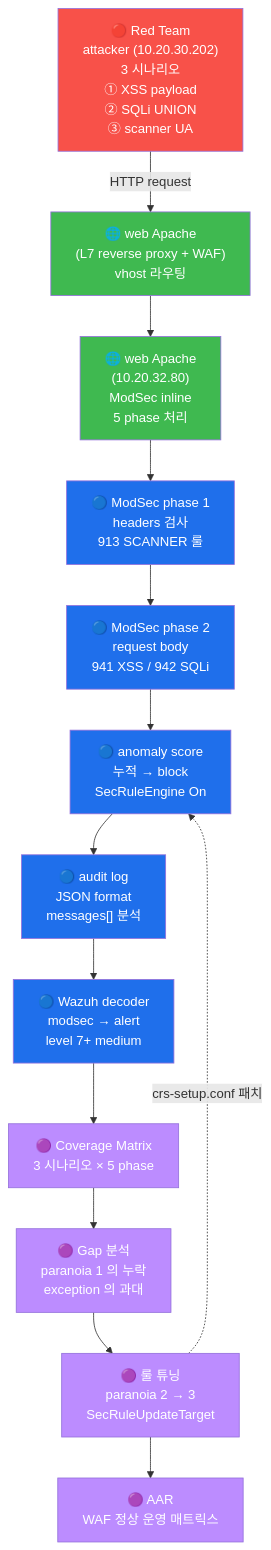
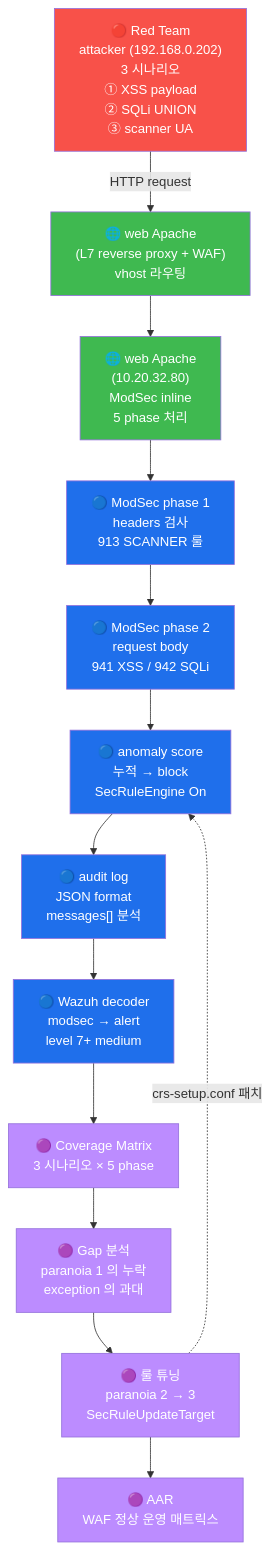
One commit to mrgrit/tw2 changed the fourth of 4 diagrams in contents/training/secuops/lecture_week05.md. Above: the diagram before and after it, drawn with Mermaid. The commit also changed other lines of this file and 1 other file, not shown here.

````diff
--- a/contents/training/secuops/lecture_week05.md
+++ b/contents/training/secuops/lecture_week05.md
@@ -705,44 +705,44 @@
 ```mermaid
 graph TD
-    R["🔴 Red Team<br/>attacker (10.20.30.202)<br/>3 시나리오<br/>① XSS payload<br/>② SQLi UNION<br/>③ scanner UA"]
+    R["🔴 Red Team<br/>attacker (192.168.0.202)<br/>3 시나리오<br/>① XSS payload<br/>② SQLi UNION<br/>③ scanner UA"]
 
     FE["🌐 web Apache<br/>(L7 reverse proxy + WAF)<br/>vhost 라우팅"]
     WEB["🌐 web Apache<br/>(10.20.32.80)<br/>ModSec inline<br/>5 phase 처리"]
 
     B1["🔵 ModSec phase 1<br/>headers 검사<br/>913 SCANNER 룰"]
     B2["🔵 ModSec phase 2<br/>request body<br/>941 XSS / 942 SQLi"]
     B3["🔵 anomaly score<br/>누적 → block<br/>SecRuleEngine On"]
     B4["🔵 audit log<br/>JSON format<br/>messages[] 분석"]
     B5["🔵 Wazuh decoder<br/>modsec → alert<br/>level 7+ medium"]
 
     P1["🟣 Coverage Matrix<br/>3 시나리오 × 5 phase"]
     P2["🟣 Gap 분석<br/>paranoia 1 의 누락<br/>exception 의 과대"]
     P3["🟣 룰 튜닝<br/>paranoia 2 → 3<br/>SecRuleUpdateTarget"]
     P4["🟣 AAR<br/>WAF 정상 운영 매트릭스"]
 
     R -->|HTTP request| FE
     FE --> WEB
     WEB --> B1
     B1 --> B2
     B2 --> B3
     B3 --> B4
     B4 --> B5
     B5 --> P1
     P1 --> P2
     P2 --> P3
     P3 -.->|crs-setup.conf 패치| B3
     P3 --> P4
 
     style R fill:#f85149,color:#fff
     style FE fill:#3fb950,color:#fff
     style WEB fill:#3fb950,color:#fff
     style B1 fill:#1f6feb,color:#fff
     style B2 fill:#1f6feb,color:#fff
     style B3 fill:#1f6feb,color:#fff
     style B4 fill:#1f6feb,color:#fff
     style B5 fill:#1f6feb,color:#fff
     style P1 fill:#bc8cff,color:#fff
     style P2 fill:#bc8cff,color:#fff
     style P3 fill:#bc8cff,color:#fff
     style P4 fill:#bc8cff,color:#fff
 ```
````
